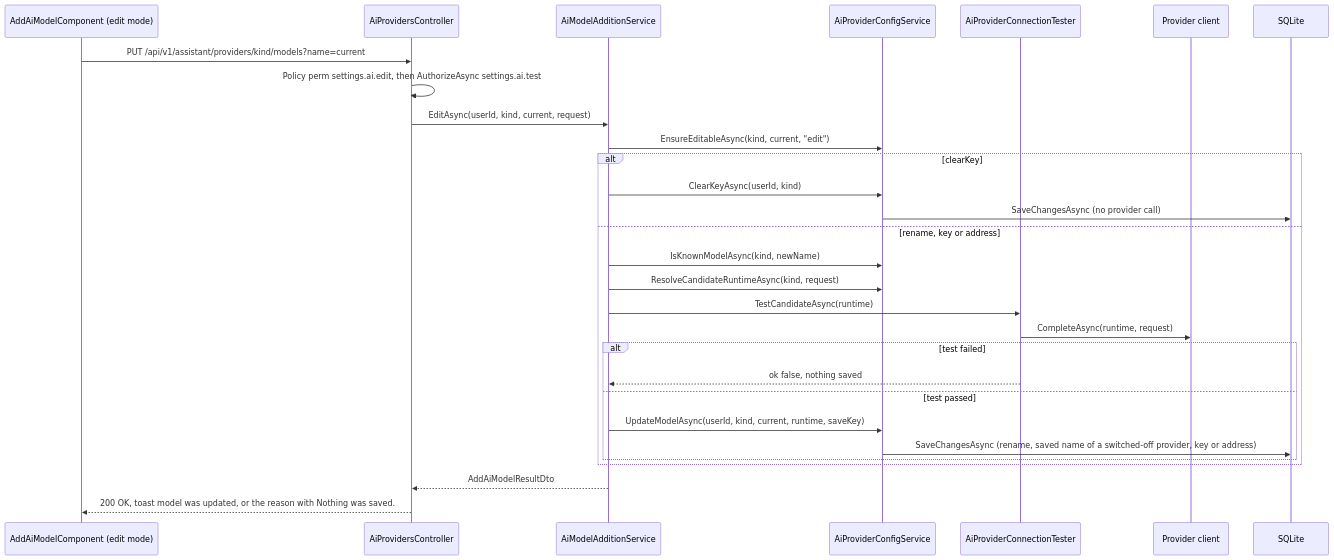
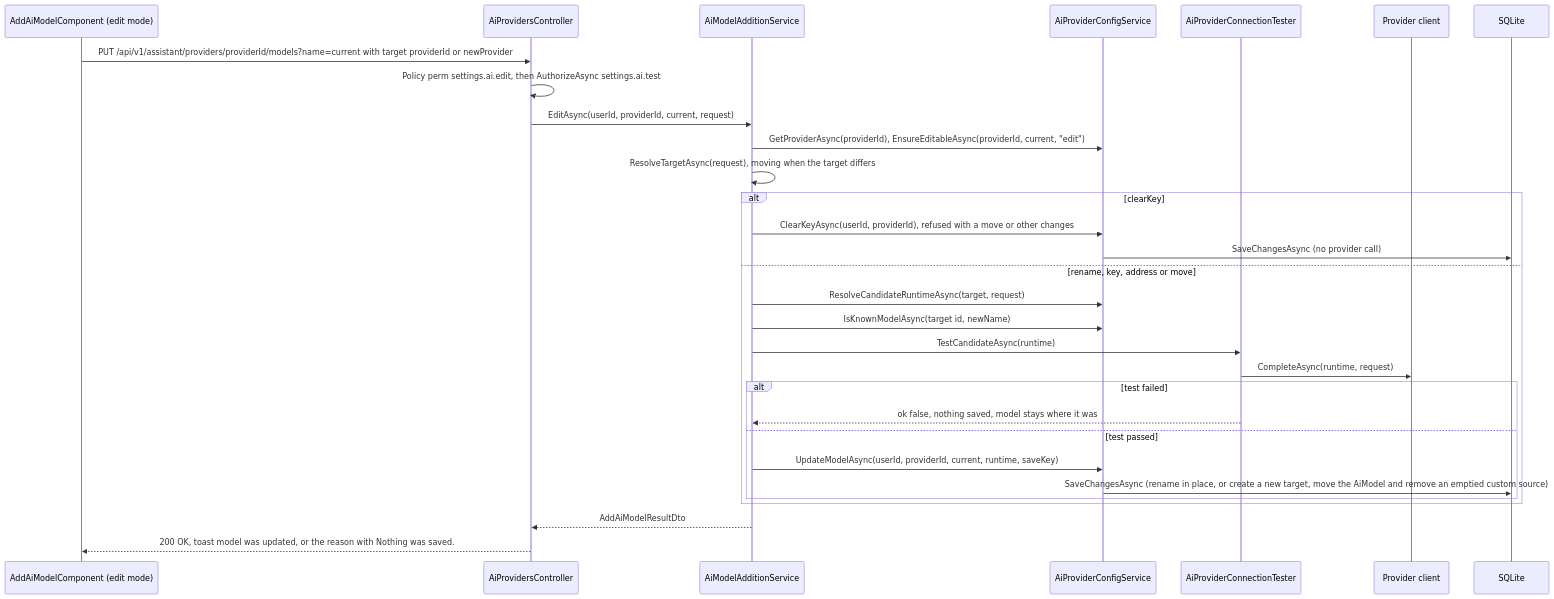
The fourth of 6 diagrams in TF - Documents/TF - LLD/06-Settings/06.3-TFA-Settings/LLD-TFA-Settings.md (jojogeorge3344/TaskFlow-Project), drawn with Mermaid before and after one commit. The commit also changed other lines of this file and 8 other files, not shown here.

First line of the commit message:
docs(tfa): document custom AI providers in the TFA Settings and Assistant docs

````diff
--- a/TF - Documents/TF - LLD/06-Settings/06.3-TFA-Settings/LLD-TFA-Settings.md
+++ b/TF - Documents/TF - LLD/06-Settings/06.3-TFA-Settings/LLD-TFA-Settings.md
@@ -566,31 +696,32 @@
 ```mermaid
 sequenceDiagram
   participant UI as AddAiModelComponent (edit mode)
   participant C as AiProvidersController
   participant M as AiModelAdditionService
   participant S as AiProviderConfigService
   participant T as AiProviderConnectionTester
   participant P as Provider client
   participant DB as SQLite
-  UI->>C: PUT /api/v1/assistant/providers/kind/models?name=current
+  UI->>C: PUT /api/v1/assistant/providers/providerId/models?name=current with target providerId or newProvider
   C->>C: Policy perm settings.ai.edit, then AuthorizeAsync settings.ai.test
-  C->>M: EditAsync(userId, kind, current, request)
-  M->>S: EnsureEditableAsync(kind, current, "edit")
+  C->>M: EditAsync(userId, providerId, current, request)
+  M->>S: GetProviderAsync(providerId), EnsureEditableAsync(providerId, current, "edit")
+  M->>M: ResolveTargetAsync(request), moving when the target differs
   alt clearKey
-    M->>S: ClearKeyAsync(userId, kind)
+    M->>S: ClearKeyAsync(userId, providerId), refused with a move or other changes
     S->>DB: SaveChangesAsync (no provider call)
-  else rename, key or address
-    M->>S: IsKnownModelAsync(kind, newName)
-    M->>S: ResolveCandidateRuntimeAsync(kind, request)
+  else rename, key, address or move
+    M->>S: ResolveCandidateRuntimeAsync(target, request)
+    M->>S: IsKnownModelAsync(target id, newName)
     M->>T: TestCandidateAsync(runtime)
     T->>P: CompleteAsync(runtime, request)
     alt test failed
-      T-->>M: ok false, nothing saved
+      T-->>M: ok false, nothing saved, model stays where it was
     else test passed
-      M->>S: UpdateModelAsync(userId, kind, current, runtime, saveKey)
-      S->>DB: SaveChangesAsync (rename, saved name of a switched-off provider, key or address)
+      M->>S: UpdateModelAsync(userId, providerId, current, runtime, saveKey)
+      S->>DB: SaveChangesAsync (rename in place, or create a new target, move the AiModel and remove an emptied custom source)
     end
   end
   M-->>C: AddAiModelResultDto
   C-->>UI: 200 OK, toast model was updated, or the reason with Nothing was saved.
 ```
````
